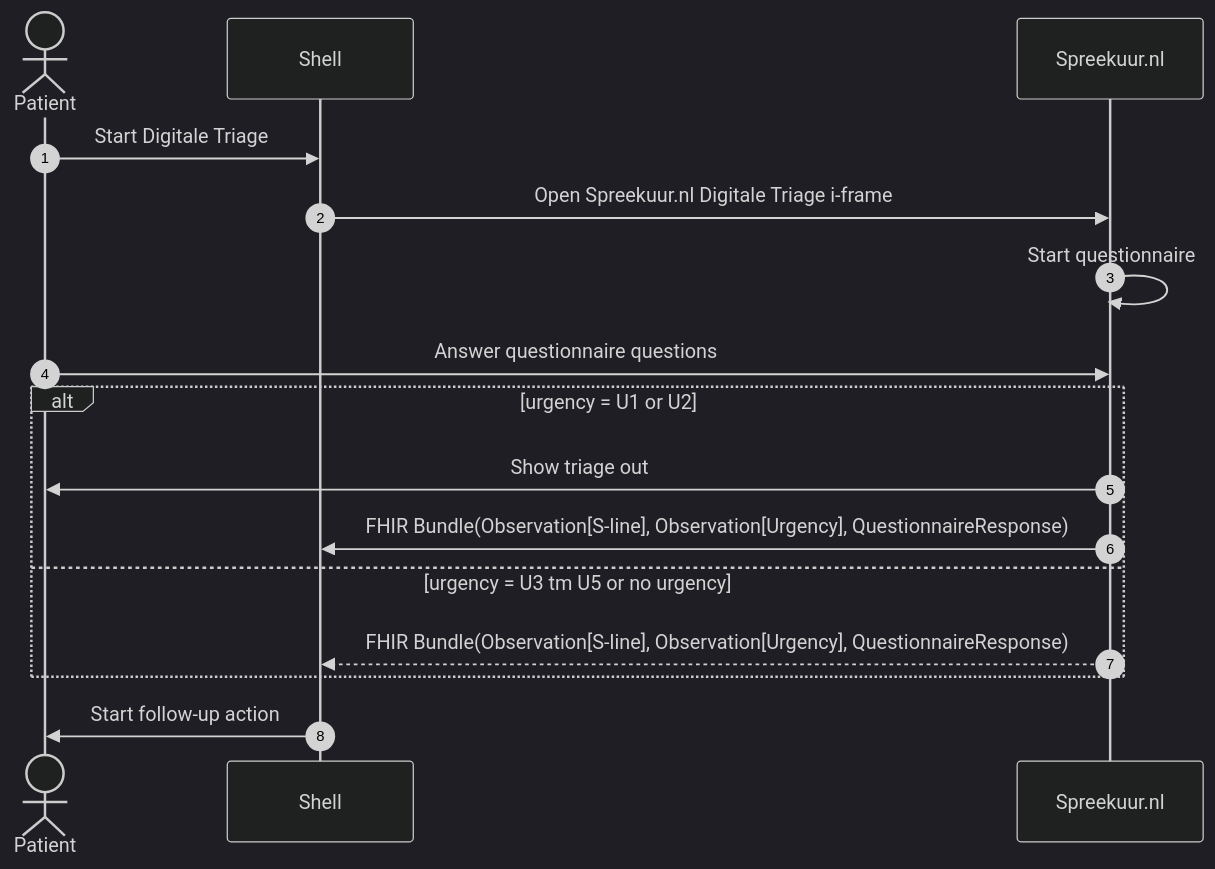
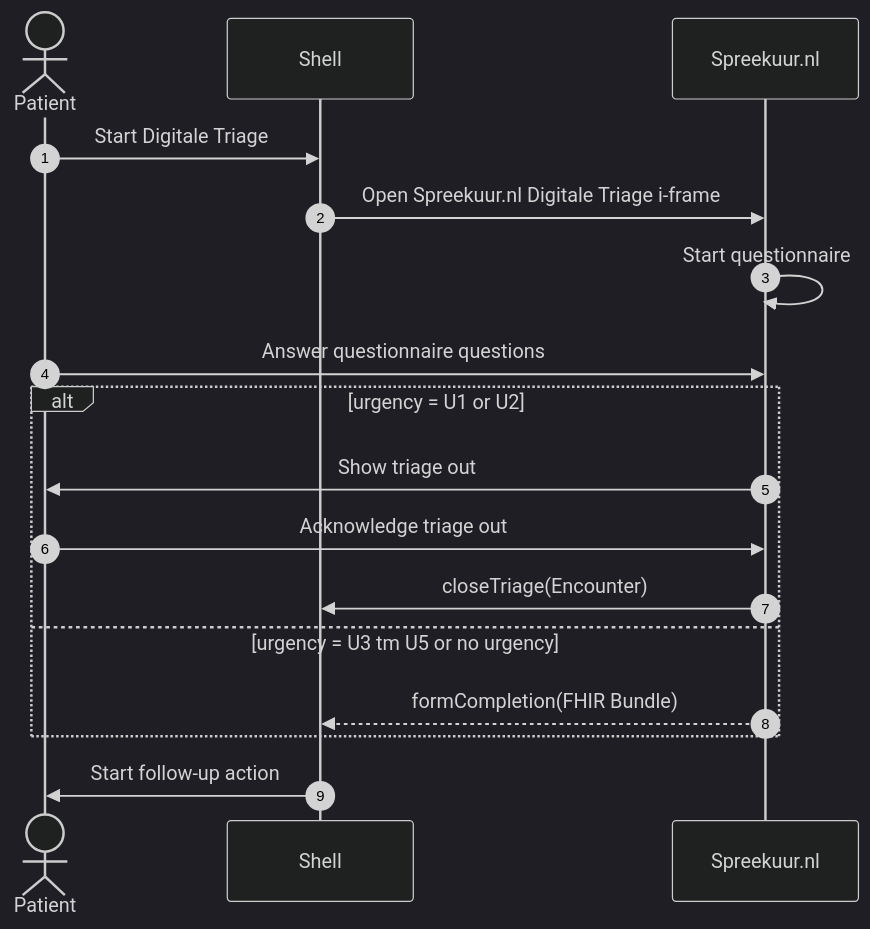
The diagram in docs/features/digitale-triage/digitale-triage.md (topicushealthcare/spreekuur-docs), drawn with Mermaid (dark theme) before and after one commit. The commit also changed other lines of this file and 2 other files, not shown here.

Commit message:
SCON-9390-improve-documentation-of-digitale-triage (#111)

````diff
--- a/docs/features/digitale-triage/digitale-triage.md
+++ b/docs/features/digitale-triage/digitale-triage.md
@@ -23,19 +16,20 @@
 ```mermaid
 sequenceDiagram
     autonumber
     actor P as Patient
     participant shell as Shell
     participant SU as Spreekuur.nl
 
     P->>shell: Start Digitale Triage
     shell->>SU: Open Spreekuur.nl Digitale Triage i-frame
     SU->>SU: Start questionnaire
     P->>SU: Answer questionnaire questions
     alt urgency = U1 or U2
         SU->>P: Show triage out
-        SU->>shell: FHIR Bundle(Observation[S-line], Observation[Urgency], QuestionnaireResponse)
+        P->>SU: Acknowledge triage out
+        SU->>shell: closeTriage(Encounter)
     else urgency = U3 tm U5 or no urgency
-        SU-->>shell: FHIR Bundle(Observation[S-line], Observation[Urgency], QuestionnaireResponse)
+        SU-->>shell: formCompletion(FHIR Bundle)
     end
     shell->>P: Start follow-up action
 ```
````
